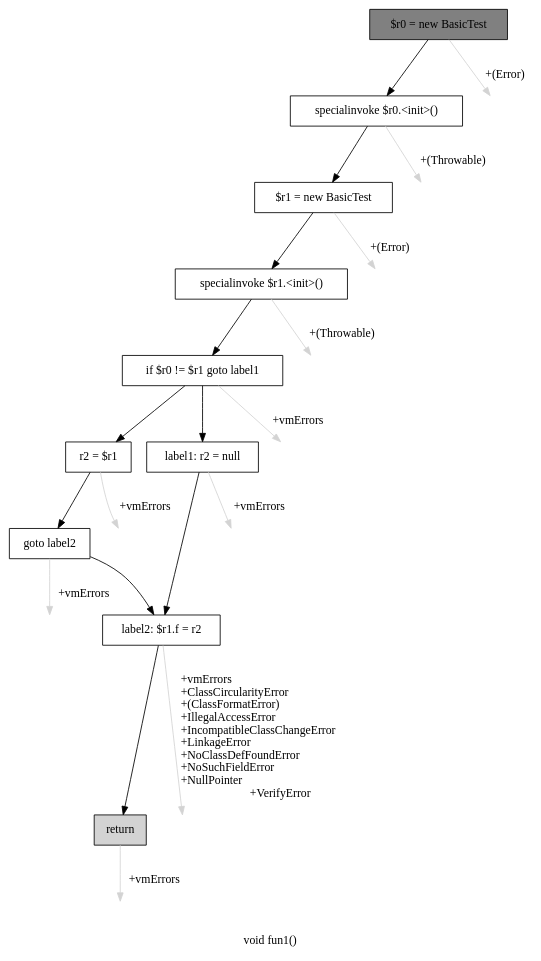
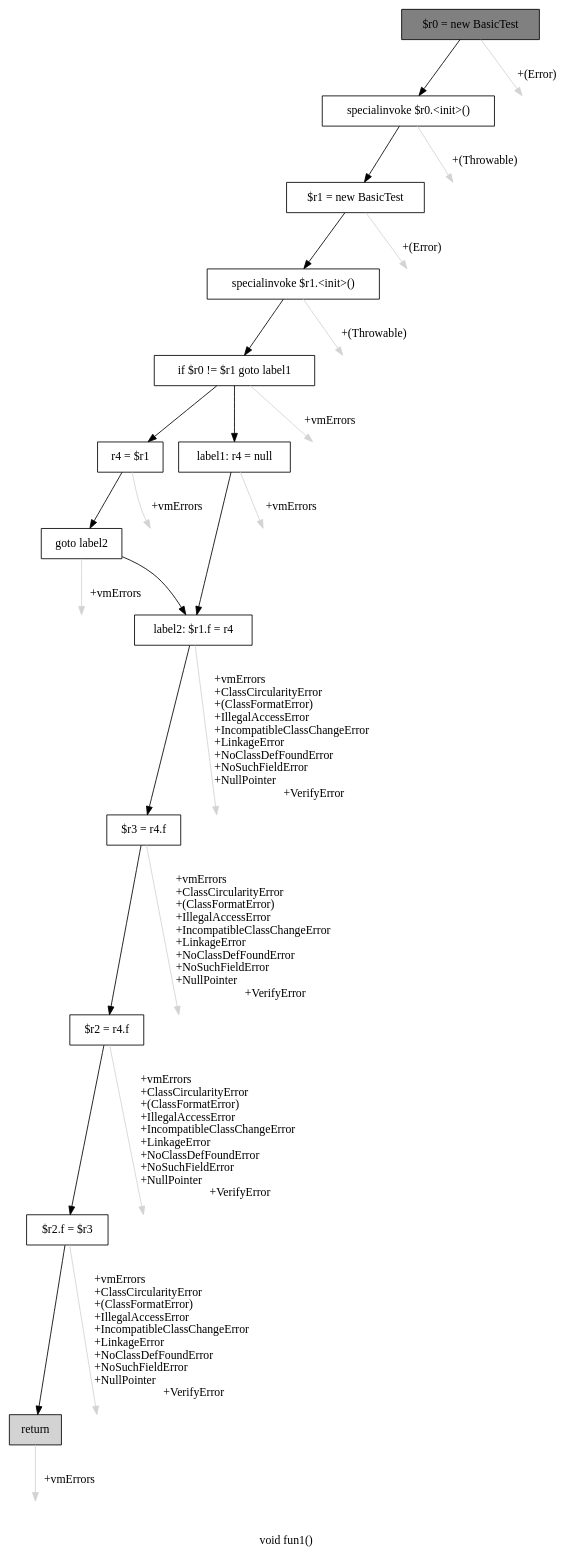
One commit to gourishankerJK/DeReference-Pointer-Analysis changed the diagram in cfg.dot. Above: the diagram before and after it, drawn with Graphviz. The commit also changed 2 other files, not shown here.

```diff
--- a/cfg.dot
+++ b/cfg.dot
@@ -1,44 +1,56 @@
 digraph "void fun1()" {
     label="void fun1()";
     node [shape=box];
     "0" [style=filled,fillcolor=gray,label="$r0 = new BasicTest",];
     "1" [label="specialinvoke $r0.<init>()",];
     "0"->"1" [color=black,];
-    "10" [style=invis,label="Esc",];
-    "0"->"10" [color=lightgray,label="\l+(Error)",];
+    "13" [style=invis,label="Esc",];
+    "0"->"13" [color=lightgray,label="\l+(Error)",];
     "2" [label="$r1 = new BasicTest",];
     "1"->"2" [color=black,];
-    "11" [style=invis,label="Esc",];
-    "1"->"11" [color=lightgray,label="\l+(Throwable)",];
+    "14" [style=invis,label="Esc",];
+    "1"->"14" [color=lightgray,label="\l+(Throwable)",];
     "3" [label="specialinvoke $r1.<init>()",];
     "2"->"3" [color=black,];
-    "12" [style=invis,label="Esc",];
-    "2"->"12" [color=lightgray,label="\l+(Error)",];
+    "15" [style=invis,label="Esc",];
+    "2"->"15" [color=lightgray,label="\l+(Error)",];
     "4" [label="if $r0 != $r1 goto label1",];
     "3"->"4" [color=black,];
-    "13" [style=invis,label="Esc",];
-    "3"->"13" [color=lightgray,label="\l+(Throwable)",];
-    "5" [label="r2 = $r1",];
+    "16" [style=invis,label="Esc",];
+    "3"->"16" [color=lightgray,label="\l+(Throwable)",];
+    "5" [label="r4 = $r1",];
     "4"->"5" [color=black,];
-    "7" [label="label1: r2 = null",];
+    "7" [label="label1: r4 = null",];
     "4"->"7" [color=black,];
-    "14" [style=invis,label="Esc",];
-    "4"->"14" [color=lightgray,label="\l+vmErrors",];
+    "17" [style=invis,label="Esc",];
+    "4"->"17" [color=lightgray,label="\l+vmErrors",];
     "6" [label="goto label2",];
     "5"->"6" [color=black,];
-    "15" [style=invis,label="Esc",];
-    "5"->"15" [color=lightgray,label="\l+vmErrors",];
-    "8" [label="label2: $r1.f = r2",];
+    "18" [style=invis,label="Esc",];
+    "5"->"18" [color=lightgray,label="\l+vmErrors",];
+    "8" [label="label2: $r1.f = r4",];
     "6"->"8" [color=black,];
-    "16" [style=invis,label="Esc",];
-    "6"->"16" [color=lightgray,label="\l+vmErrors",];
+    "19" [style=invis,label="Esc",];
+    "6"->"19" [color=lightgray,label="\l+vmErrors",];
     "7"->"8" [color=black,];
-    "17" [style=invis,label="Esc",];
-    "7"->"17" [color=lightgray,label="\l+vmErrors",];
-    "9" [style=filled,fillcolor=lightgray,label="return",];
+    "20" [style=invis,label="Esc",];
+    "7"->"20" [color=lightgray,label="\l+vmErrors",];
+    "9" [label="$r3 = r4.f",];
     "8"->"9" [color=black,];
-    "18" [style=invis,label="Esc",];
-    "8"->"18" [color=lightgray,label="\l+vmErrors\l+ClassCircularityError\l+(ClassFormatError)\l+IllegalAccessError\l+IncompatibleClassChangeError\l+LinkageError\l+NoClassDefFoundError\l+NoSuchFieldError\l+NullPointer\l+VerifyError",];
-    "19" [style=invis,label="Esc",];
-    "9"->"19" [color=lightgray,label="\l+vmErrors",];
+    "21" [style=invis,label="Esc",];
+    "8"->"21" [color=lightgray,label="\l+vmErrors\l+ClassCircularityError\l+(ClassFormatError)\l+IllegalAccessError\l+IncompatibleClassChangeError\l+LinkageError\l+NoClassDefFoundError\l+NoSuchFieldError\l+NullPointer\l+VerifyError",];
+    "10" [label="$r2 = r4.f",];
+    "9"->"10" [color=black,];
+    "22" [style=invis,label="Esc",];
+    "9"->"22" [color=lightgray,label="\l+vmErrors\l+ClassCircularityError\l+(ClassFormatError)\l+IllegalAccessError\l+IncompatibleClassChangeError\l+LinkageError\l+NoClassDefFoundError\l+NoSuchFieldError\l+NullPointer\l+VerifyError",];
+    "11" [label="$r2.f = $r3",];
+    "10"->"11" [color=black,];
+    "23" [style=invis,label="Esc",];
+    "10"->"23" [color=lightgray,label="\l+vmErrors\l+ClassCircularityError\l+(ClassFormatError)\l+IllegalAccessError\l+IncompatibleClassChangeError\l+LinkageError\l+NoClassDefFoundError\l+NoSuchFieldError\l+NullPointer\l+VerifyError",];
+    "12" [style=filled,fillcolor=lightgray,label="return",];
+    "11"->"12" [color=black,];
+    "24" [style=invis,label="Esc",];
+    "11"->"24" [color=lightgray,label="\l+vmErrors\l+ClassCircularityError\l+(ClassFormatError)\l+IllegalAccessError\l+IncompatibleClassChangeError\l+LinkageError\l+NoClassDefFoundError\l+NoSuchFieldError\l+NullPointer\l+VerifyError",];
+    "25" [style=invis,label="Esc",];
+    "12"->"25" [color=lightgray,label="\l+vmErrors",];
 }
```
